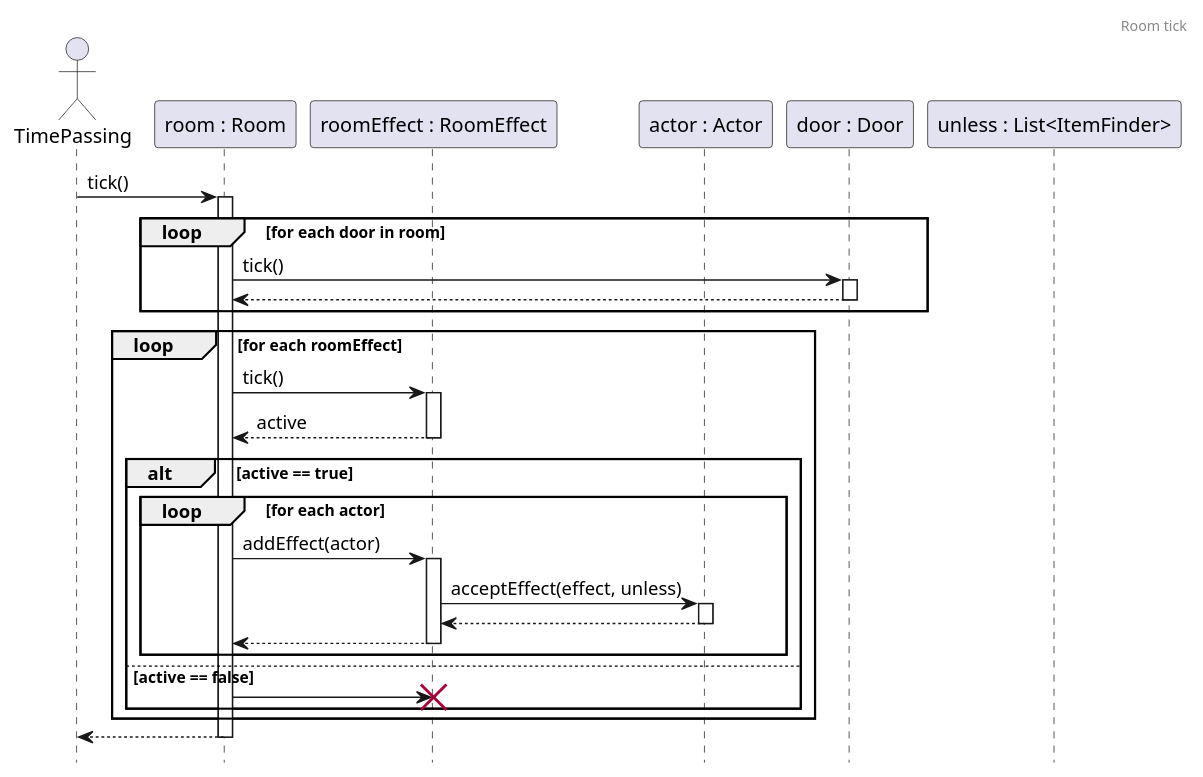
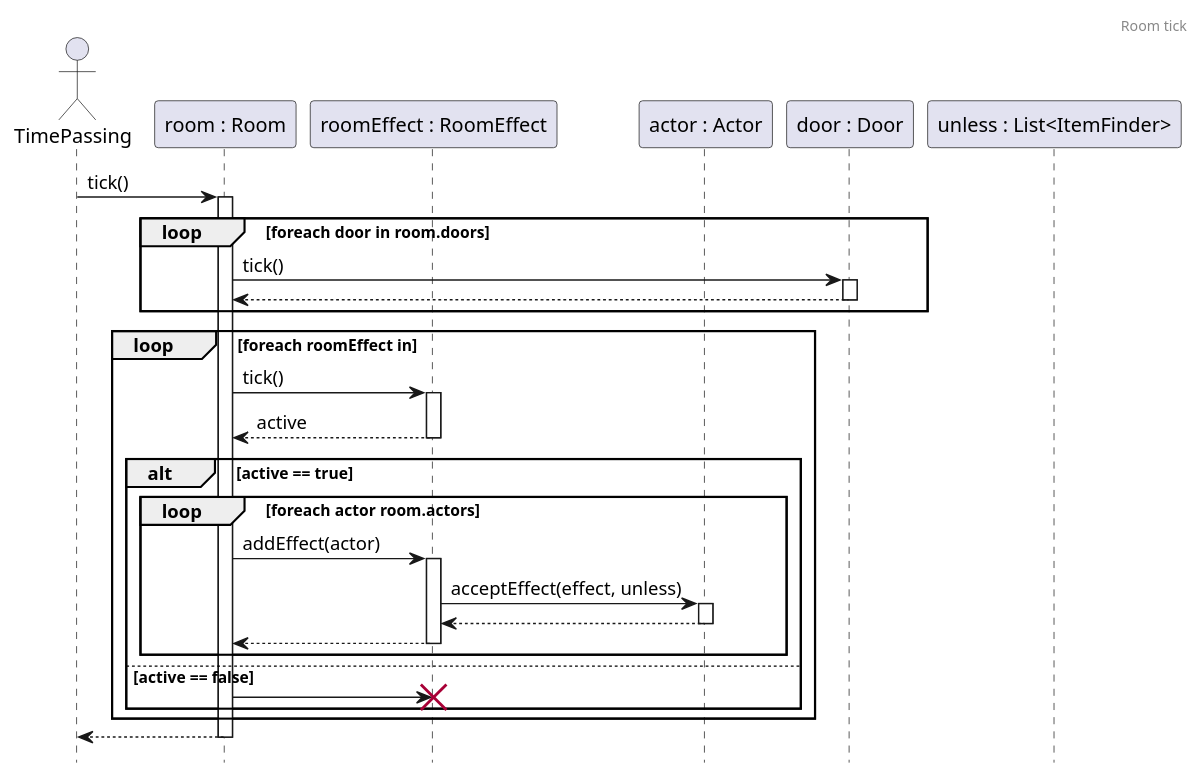
The diagram in docs/sequence/tick/RoomTick.puml (Kristof-me/Logarlec), drawn with PlantUML before and after one commit. The commit also changed 1 other file, not shown here.

Commit message:
Fixed effect ticking

```diff
--- a/docs/sequence/tick/RoomTick.puml
+++ b/docs/sequence/tick/RoomTick.puml
@@ -1,38 +1,40 @@
 @startuml RoomTick
 header Room tick
 hide footbox
 
 actor time as "TimePassing"
 participant room as "room : Room"
 participant effect as "roomEffect : RoomEffect"
 participant actor as "actor : Actor"
 participant door as "door : Door"
 
 time -> room ++: tick()
-loop for each door in room
+loop foreach door in room.doors
     room -> door++ : tick()
     return
 end
-loop for each roomEffect
+loop foreach roomEffect in 
     room -> effect ++: tick()
     return active
 
     alt active == true
-        loop for each actor 
+        loop foreach actor room.actors
             room -> effect ++: addEffect(actor)
 
             effect -> actor ++ : acceptEffect(effect, unless)
             ' ennek így kéne működnie, de nem így kódoltuk le ...
             
             return 
             return
         end
     else active == false
         room -> effect
         destroy effect
     end
 end
-return
- 
+
+room --> time
+deactivate room
+
 participant unless as "unless : List<ItemFinder>"
 @enduml
```
